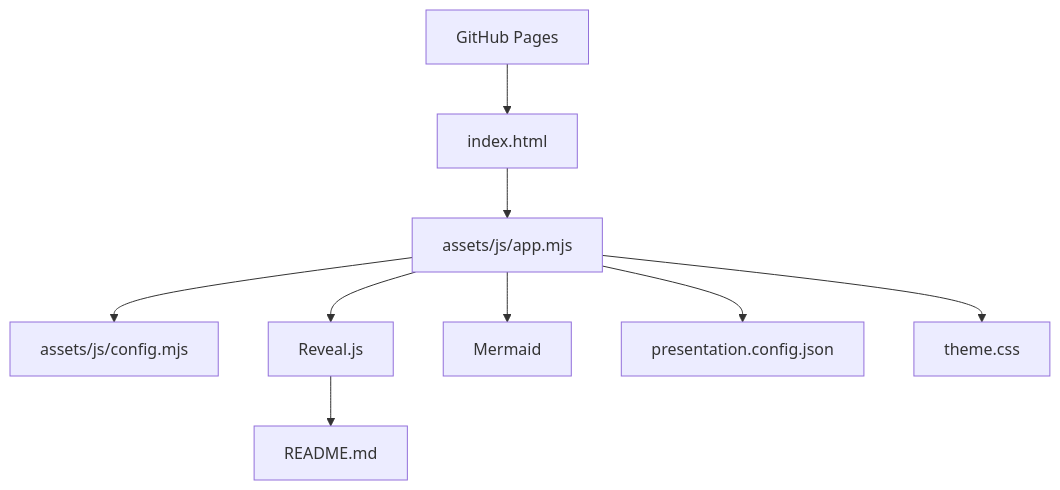
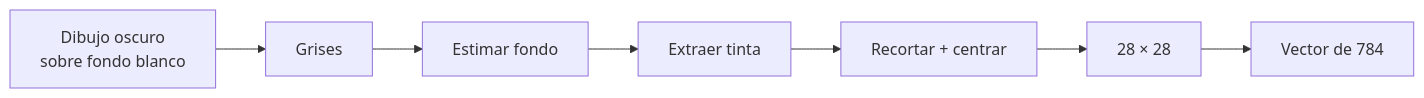
The sixth of 7 diagrams in README.md (jorgektch/tu-primera-red-neuronal), drawn with Mermaid before and after one commit. The commit also changed other lines of this file and 66 other files, not shown here.

````diff
--- a/README.md
+++ b/README.md
@@ -140,11 +539,10 @@
 ```mermaid
-flowchart TD
-    A["GitHub Pages"] --> B["index.html"]
-    B --> C["assets/js/app.mjs"]
-    C --> D["assets/js/config.mjs"]
-    C --> E["Reveal.js"]
-    E --> F["README.md"]
-    C --> G["Mermaid"]
-    C --> H["presentation.config.json"]
-    C --> I["theme.css"]
+flowchart LR
+    A["Dibujo oscuro
+sobre fondo blanco"] --> B["Grises"]
+    B --> C["Estimar fondo"]
+    C --> D["Extraer tinta"]
+    D --> E["Recortar + centrar"]
+    E --> F["28 × 28"]
+    F --> G["Vector de 784"]
 ```
````
